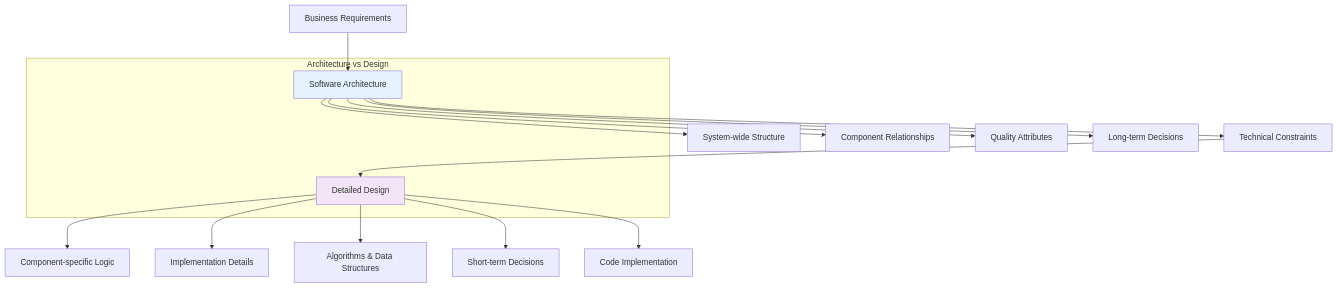
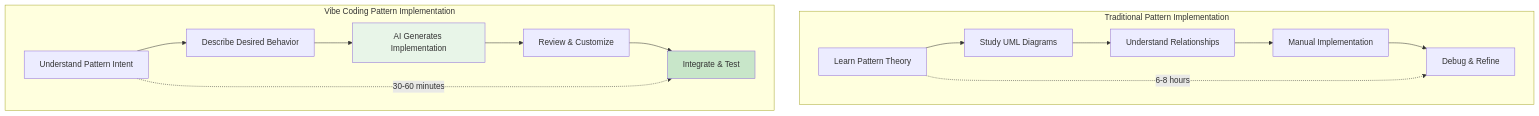
Before and after one commit to hunkim/VibeSoftwareEngineering: the first of 3 diagrams in chapters/chapter-03.md, drawn with Mermaid. The commit also changed other lines of this file and 17 other files, not shown here.

First line of the commit message:
docs(chapters): update chapter-01.md to reflect vibe coding principles and philosophy

````diff
--- a/chapters/chapter-03.md
+++ b/chapters/chapter-03.md
@@ -27,25 +32,22 @@
 ```mermaid
 graph TD
-    subgraph "Architecture vs Design"
-        A["Software Architecture"]
-        B["Detailed Design"]
+    subgraph "Traditional Pattern Implementation"
+        A["Learn Pattern Theory"] --> B["Study UML Diagrams"]
+        B --> C["Understand Relationships"]
+        C --> D["Manual Implementation"]
+        D --> E["Debug & Refine"]
     end
     
-    A --> C["System-wide Structure"]
-    A --> D["Component Relationships"]
-    A --> E["Quality Attributes"]
-    A --> F["Long-term Decisions"]
+    subgraph "Vibe Coding Pattern Implementation"
+        F["Understand Pattern Intent"] --> G["Describe Desired Behavior"]
+        G --> H["AI Generates Implementation"]
+        H --> I["Review & Customize"]
+        I --> J["Integrate & Test"]
+    end
     
-    B --> G["Component-specific Logic"]
-    B --> H["Implementation Details"]
-    B --> I["Algorithms & Data Structures"]
-    B --> J["Short-term Decisions"]
+    A -.->|"6-8 hours"| E
+    F -.->|"30-60 minutes"| J
     
-    K["Business Requirements"] --> A
-    A --> L["Technical Constraints"]
-    L --> B
-    B --> M["Code Implementation"]
-    
-    style A fill:#e3f2fd
-    style B fill:#f3e5f5
+    style H fill:#e8f5e8
+    style J fill:#c8e6c9
 ```
````
